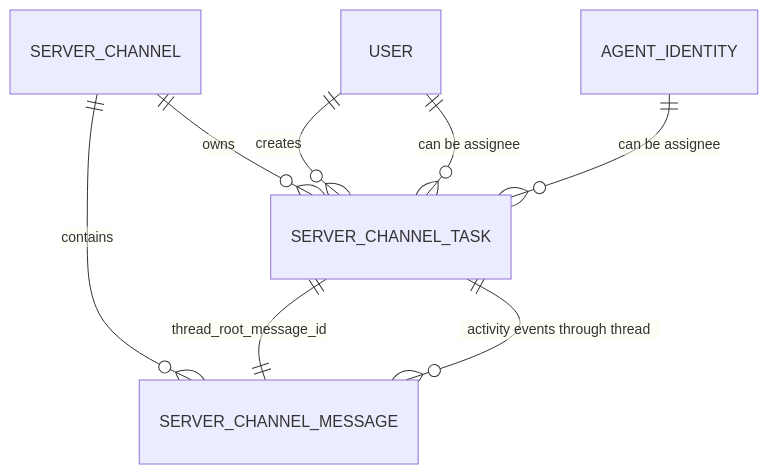
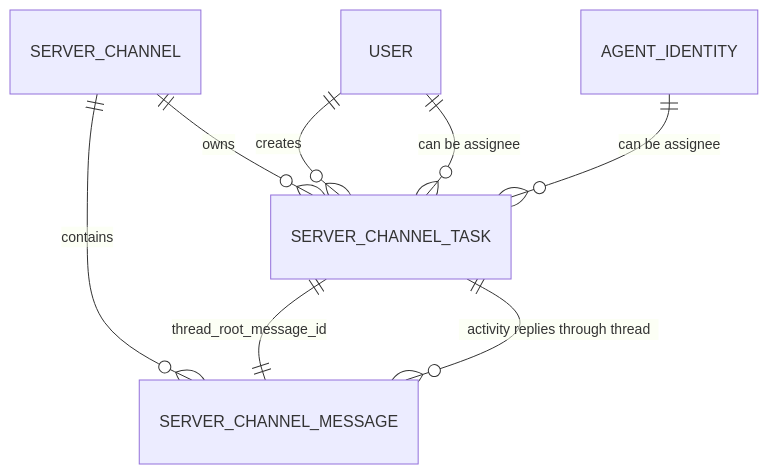
The first of 2 diagrams in specs/constitution/2026-05-11-channel-task-collaboration-model.md (poco-ai/poco-agent), drawn with Mermaid before and after one commit. The commit also changed other lines of this file and 7 other files, not shown here.

First line of the commit message:
fix(channel-tasks): refine task board thread interactions

````diff
--- a/specs/constitution/2026-05-11-channel-task-collaboration-model.md
+++ b/specs/constitution/2026-05-11-channel-task-collaboration-model.md
@@ -78,10 +79,10 @@
 ```mermaid
 erDiagram
     SERVER_CHANNEL ||--o{ SERVER_CHANNEL_TASK : owns
     SERVER_CHANNEL ||--o{ SERVER_CHANNEL_MESSAGE : contains
     SERVER_CHANNEL_TASK ||--|| SERVER_CHANNEL_MESSAGE : "thread_root_message_id"
-    SERVER_CHANNEL_TASK ||--o{ SERVER_CHANNEL_MESSAGE : "activity events through thread"
+    SERVER_CHANNEL_TASK ||--o{ SERVER_CHANNEL_MESSAGE : "activity replies through thread"
     USER ||--o{ SERVER_CHANNEL_TASK : creates
     USER ||--o{ SERVER_CHANNEL_TASK : "can be assignee"
     AGENT_IDENTITY ||--o{ SERVER_CHANNEL_TASK : "can be assignee"
 ```
````
